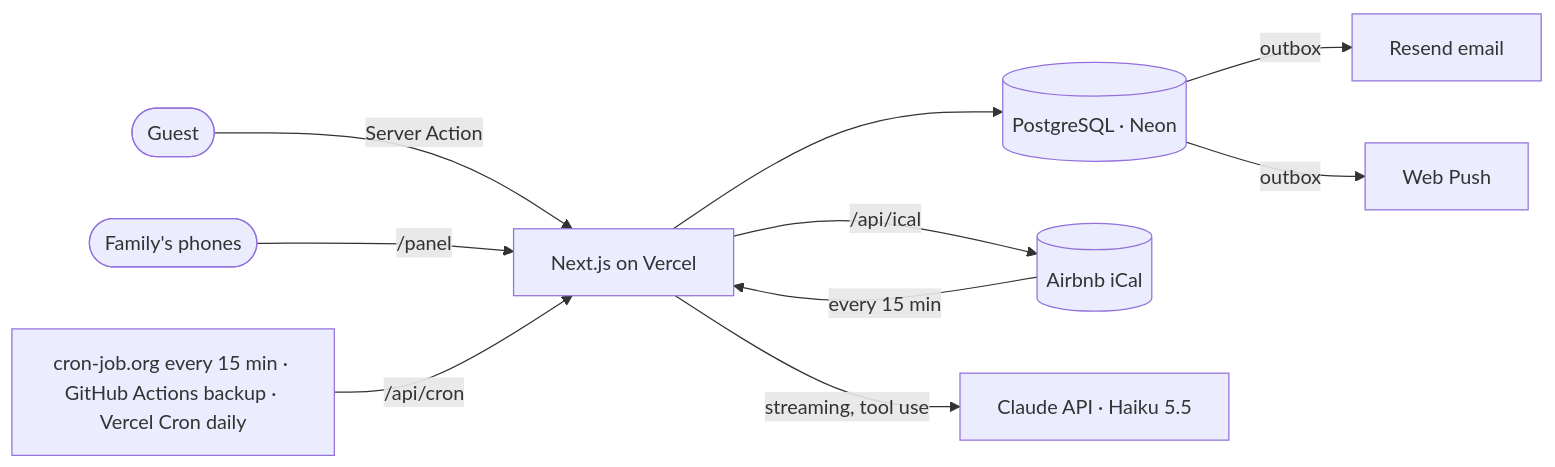
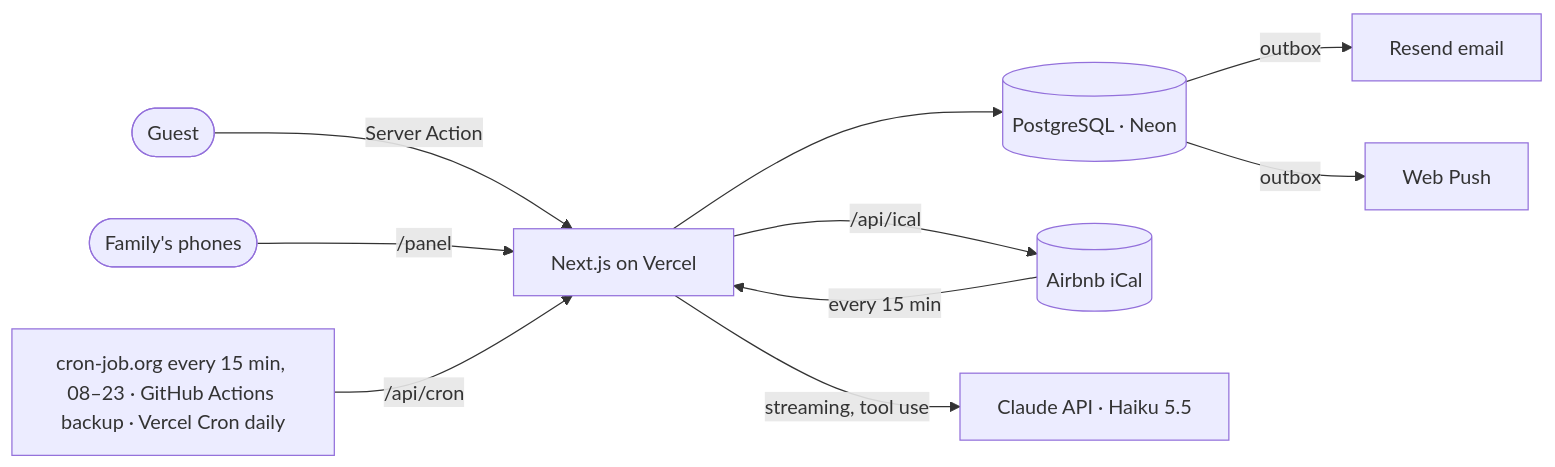
The diagram in README.md (sadikemreikiz/trysa-direct-booking), drawn with Mermaid before and after one commit. The commit also changed other lines of this file and 4 other files, not shown here.

First line of the commit message:
Run cron-job.org only in the daytime to save Neon's free compute

````diff
--- a/README.md
+++ b/README.md
@@ -87,12 +87,12 @@
 ```mermaid
 flowchart LR
   Guest([Guest]) -->|Server Action| Next[Next.js on Vercel]
   Staff([Family's phones]) -->|/panel| Next
   Next --> DB[(PostgreSQL · Neon)]
   DB -->|outbox| Mail[Resend email]
   DB -->|outbox| Push[Web Push]
   Airbnb[(Airbnb iCal)] -->|every 15 min| Next
   Next -->|/api/ical| Airbnb
-  Cron[cron-job.org every 15 min · GitHub Actions backup · Vercel Cron daily] -->|/api/cron| Next
+  Cron[cron-job.org every 15 min, 08–23 · GitHub Actions backup · Vercel Cron daily] -->|/api/cron| Next
   Next -->|streaming, tool use| Claude[Claude API · Haiku 5.5]
 ```
````
